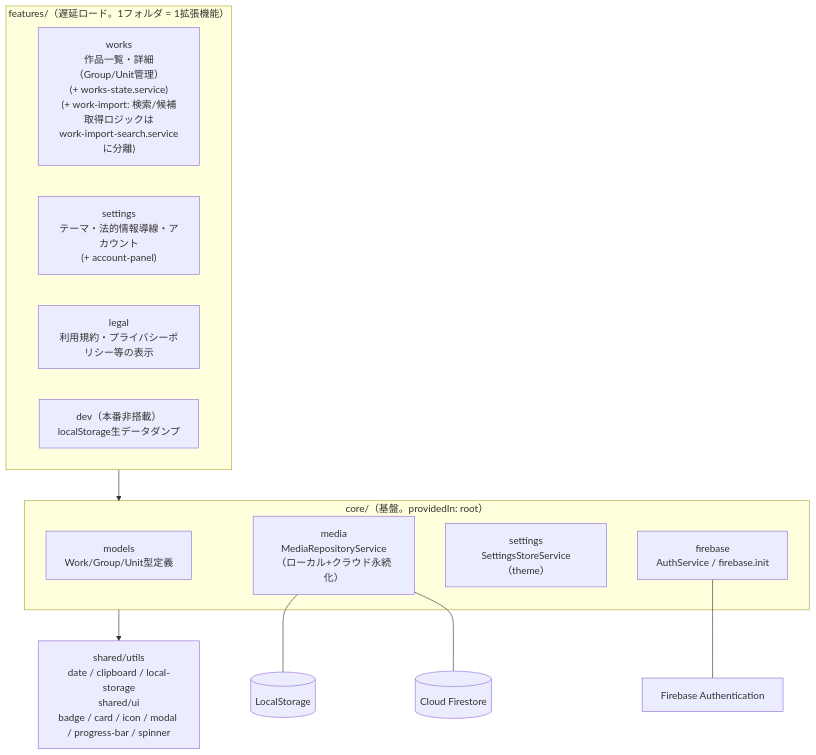
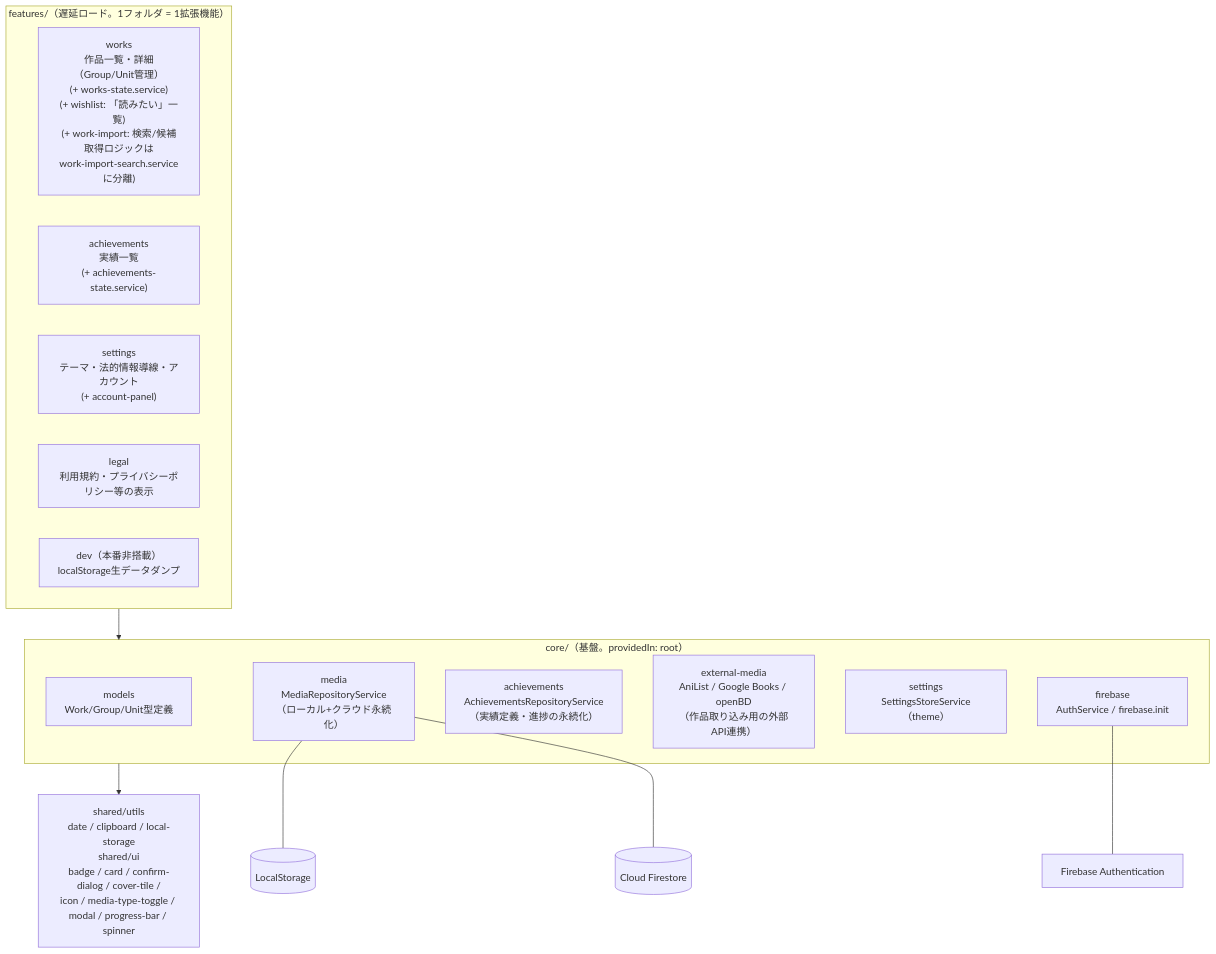
One commit to rmatsuo-jp/media-log changed the first of 4 diagrams in ARCHITECTURE.md. Above: the diagram before and after it, drawn with Mermaid. The commit also changed other lines of this file and 3 other files, not shown here.

````diff
--- a/ARCHITECTURE.md
+++ b/ARCHITECTURE.md
@@ -22,24 +22,27 @@
 ```mermaid
 graph TD
     subgraph Features["features/（遅延ロード。1フォルダ = 1拡張機能）"]
-        Works["works\n作品一覧・詳細（Group/Unit管理）\n(+ works-state.service)\n(+ work-import: 検索/候補取得ロジックは\nwork-import-search.serviceに分離)"]
+        Works["works\n作品一覧・詳細（Group/Unit管理）\n(+ works-state.service)\n(+ wishlist: 「読みたい」一覧)\n(+ work-import: 検索/候補取得ロジックは\nwork-import-search.serviceに分離)"]
+        Achievements["achievements\n実績一覧\n(+ achievements-state.service)"]
         Settings["settings\nテーマ・法的情報導線・アカウント\n(+ account-panel)"]
         Legal["legal\n利用規約・プライバシーポリシー等の表示"]
         Dev["dev（本番非搭載）\nlocalStorage生データダンプ"]
     end
 
     subgraph Core["core/（基盤。providedIn: root）"]
         Models["models\nWork/Group/Unit型定義"]
         Media["media\nMediaRepositoryService\n（ローカル+クラウド永続化）"]
+        AchievementsCore["achievements\nAchievementsRepositoryService\n（実績定義・進捗の永続化）"]
+        ExternalMedia["external-media\nAniList / Google Books / openBD\n（作品取り込み用の外部API連携）"]
         SettingsStore["settings\nSettingsStoreService（theme）"]
         Firebase["firebase\nAuthService / firebase.init"]
     end
 
-    Shared["shared/utils\ndate / clipboard / local-storage\nshared/ui\nbadge / card / icon / modal / progress-bar / spinner"]
+    Shared["shared/utils\ndate / clipboard / local-storage\nshared/ui\nbadge / card / confirm-dialog / cover-tile /\nicon / media-type-toggle / modal / progress-bar / spinner"]
 
     Features --> Core --> Shared
 
     Media --- LocalStorage[("LocalStorage")]
     Media --- Firestore[("Cloud Firestore")]
     Firebase --- FirebaseAuth["Firebase Authentication"]
 ```
````
